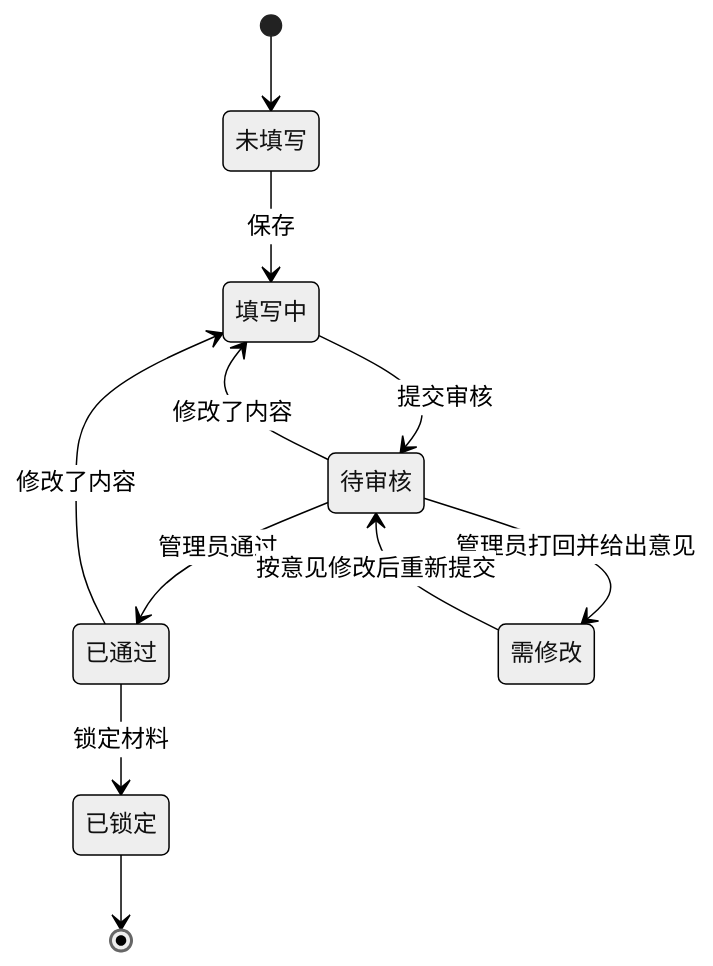
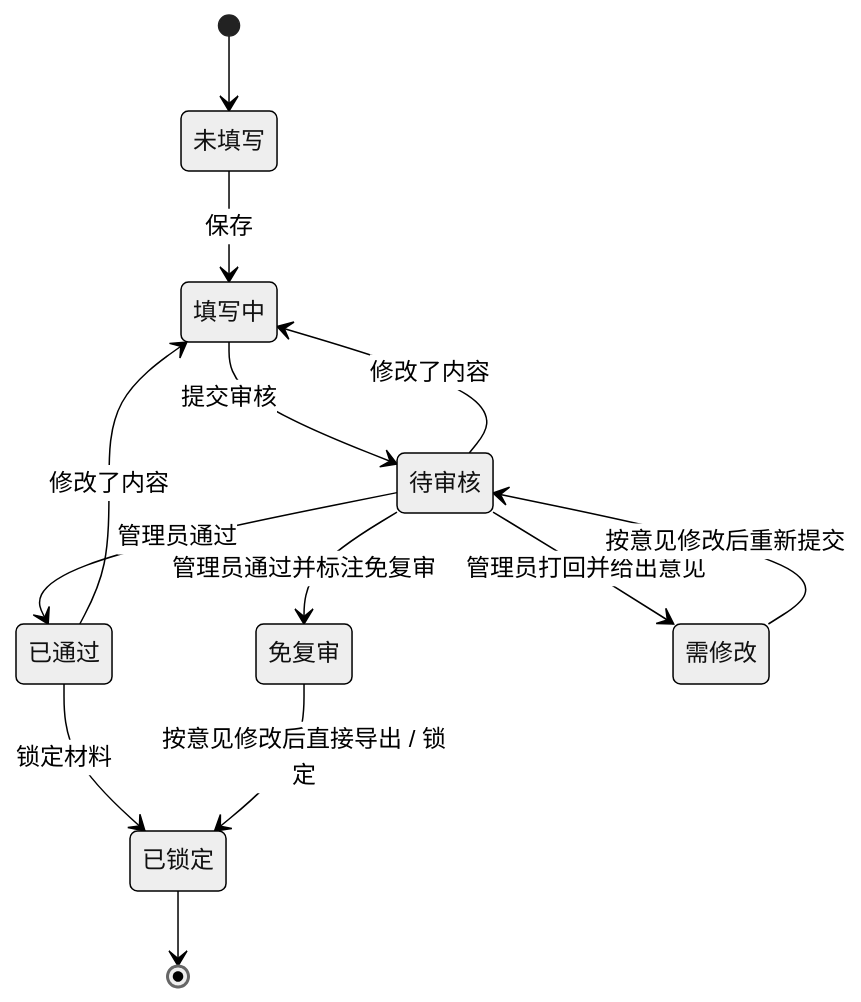
Before and after one commit to chuqianjing/rule-done: the diagram in docs/user-guide.md, drawn with Mermaid (neutral theme). The commit also changed other lines of this file and 5 other files, not shown here.

````diff
--- a/docs/user-guide.md
+++ b/docs/user-guide.md
@@ -261,13 +264,15 @@
 ```mermaid
 stateDiagram-v2
     [*] --> 未填写
     未填写 --> 填写中: 保存
     填写中 --> 待审核: 提交审核
     待审核 --> 已通过: 管理员通过
+    待审核 --> 免复审: 管理员通过并标注免复审
     待审核 --> 需修改: 管理员打回并给出意见
     待审核 --> 填写中: 修改了内容
     需修改 --> 待审核: 按意见修改后重新提交
     已通过 --> 填写中: 修改了内容
     已通过 --> 已锁定: 锁定材料
+    免复审 --> 已锁定: 按意见修改后直接导出 / 锁定
     已锁定 --> [*]
 ```
````
